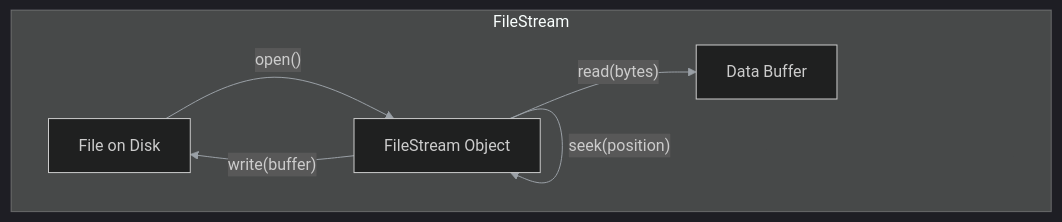
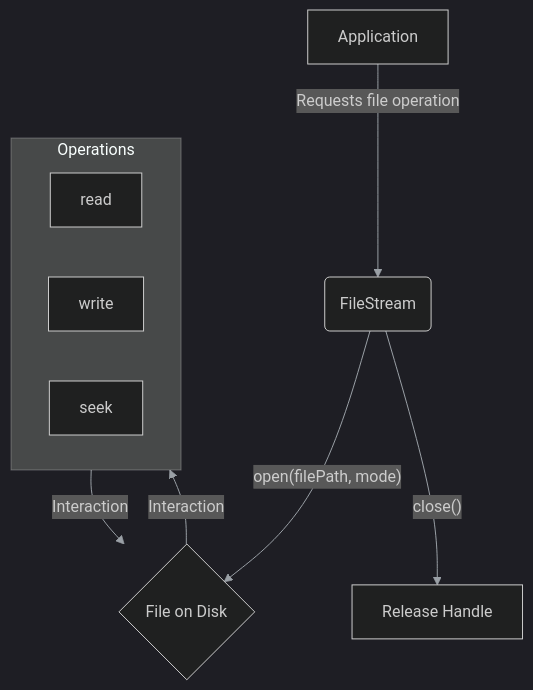
The diagram in docs/authoring/qa/filestream.mmd (lukaszj321/otcv8-dev), drawn with Mermaid before and after one commit. The commit also changed 12 other files, not shown here.

First line of the commit message:
diagramy part 3

```diff
--- a/docs/authoring/qa/filestream.mmd
+++ b/docs/authoring/qa/filestream.mmd
@@ -1,14 +1,15 @@
-%%{init: {'theme':'dark','themeVariables':{'primaryTextColor':'#ddd','lineColor':'#9aa0a6'},'securityLevel':'loose'}}%%
+%%{init: {'theme':'dark','themeVariables':{'primaryTextColor':'#ddd','lineColor':'#9aa0a6'}}}%%
 graph TD
-    A[File on Disk]
+    A[Application] -- Requests file operation --> B(FileStream);
+    B -- open(filePath, mode) --> C{File on Disk};
 
-    subgraph FileStream
-        B[FileStream Object]
-        B -- "read(bytes)" --> C[Data Buffer]
-        B -- "write(buffer)" --> A
-        B -- "seek(position)" --> B
+    subgraph Operations
+        direction LR
+        D[read]
+        E[write]
+        F[seek]
     end
 
-    A -- "open()" --> B
-
-    click B "../api/cpp/framework/core/filestream.html" "FileStream Class"
+    C -- Interaction --> Operations;
+    Operations -- Interaction --> C;
+    B -- close() --> G[Release Handle];
```
